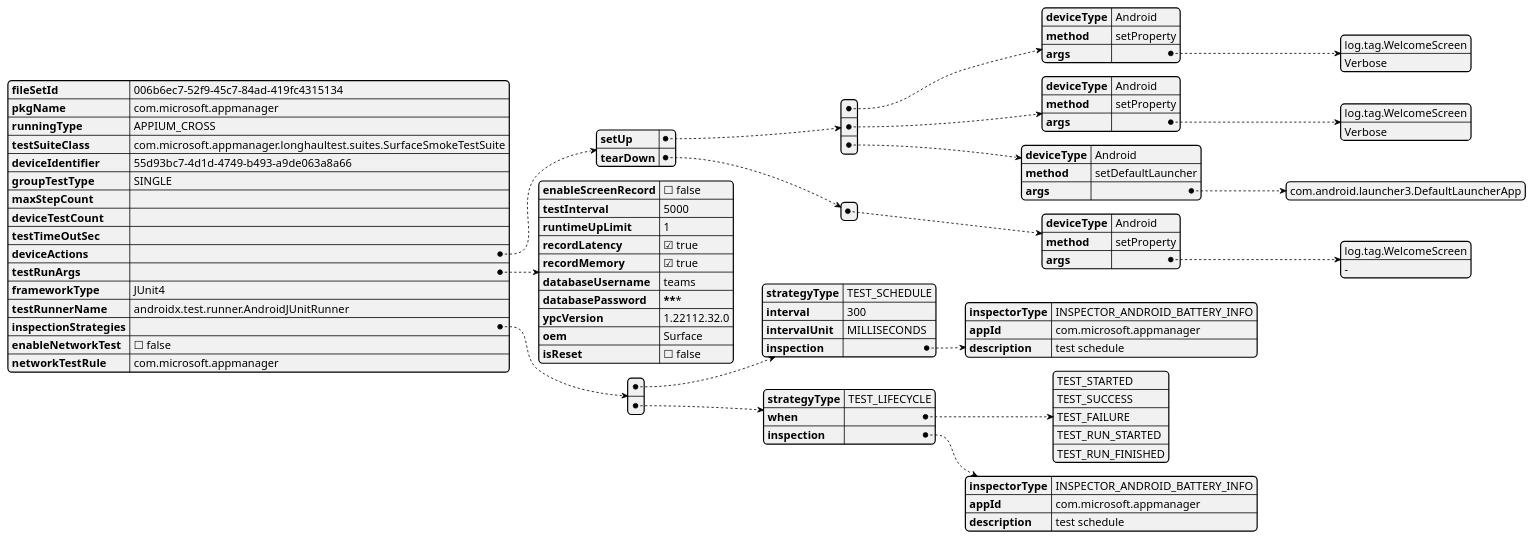
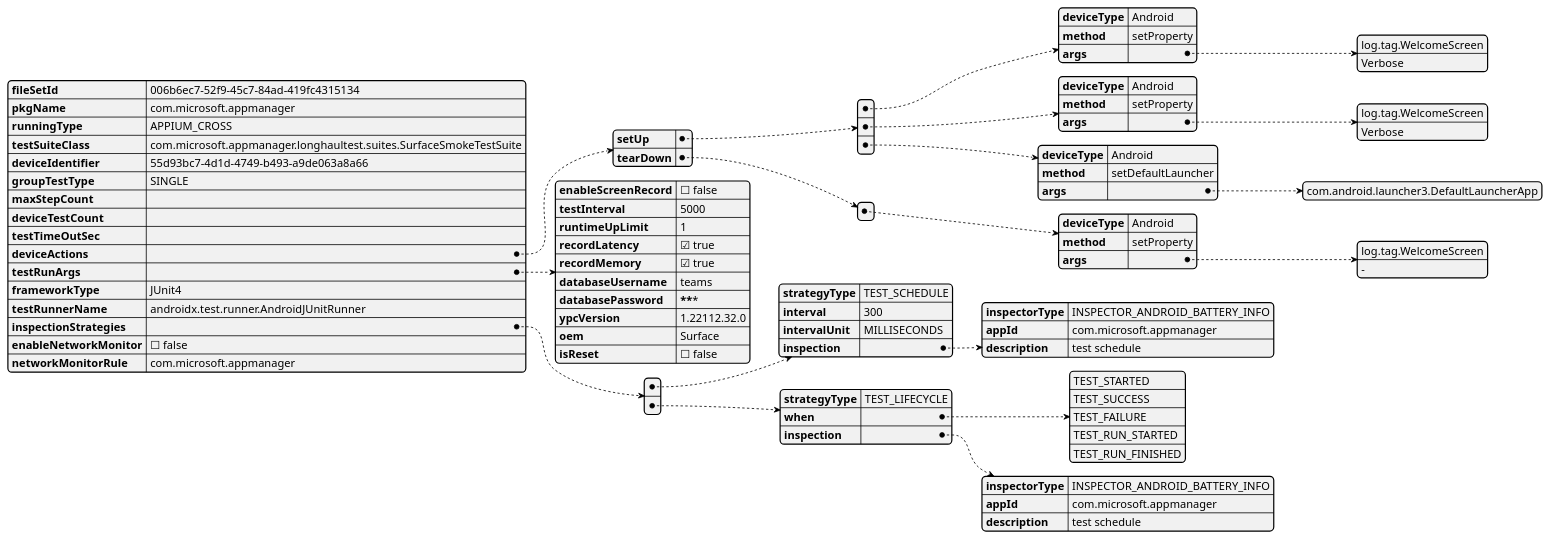
The fourth of 6 diagrams in agent/doc/UML/test_runner_design.puml (microsoft/HydraLab), drawn with PlantUML before and after one commit. The commit also changed 17 other files, not shown here.

```diff
--- a/agent/doc/UML/test_runner_design.puml
+++ b/agent/doc/UML/test_runner_design.puml
@@ -99,78 +99,78 @@
 @startjson test_task_spec_design
 {
     "fileSetId": "006b6ec7-52f9-45c7-84ad-419fc4315134",
     "pkgName": "com.microsoft.appmanager",
     "runningType": "APPIUM_CROSS",
     "testSuiteClass": "com.microsoft.appmanager.longhaultest.suites.SurfaceSmokeTestSuite",
     "deviceIdentifier": "55d93bc7-4d1d-4749-b493-a9de063a8a66",
     "groupTestType": "SINGLE",
     "maxStepCount": "",
     "deviceTestCount": "",
     "testTimeOutSec": "",
     "deviceActions":{
         "setUp":[{
             "deviceType":"Android",
             "method":"setProperty",
             "args": ["log.tag.WelcomeScreen","Verbose"]
         },
         {
             "deviceType":"Android",
             "method":"setProperty",
             "args": ["log.tag.WelcomeScreen","Verbose"]
         },
         {
             "deviceType":"Android",
             "method":"setDefaultLauncher",
             "args": ["com.android.launcher3.DefaultLauncherApp"]
         }],
         "tearDown":[{
             "deviceType":"Android",
             "method":"setProperty",
             "args": ["log.tag.WelcomeScreen","-"]
         }]
      },
     "testRunArgs": {
         "enableScreenRecord": false,
         "testInterval": 5000,
         "runtimeUpLimit": 1,
         "recordLatency": true,
         "recordMemory": true,
         "databaseUsername": "teams",
         "databasePassword": "***********",
         "ypcVersion": "1.22112.32.0",
         "oem": "Surface",
         "isReset": false
     },
     "frameworkType": "JUnit4",
     "testRunnerName": "androidx.test.runner.AndroidJUnitRunner",
     "inspectionStrategies": [
         {
             "strategyType": "TEST_SCHEDULE",
             "interval": 300,
             "intervalUnit": "MILLISECONDS",
             "inspection": {
                 "inspectorType": "INSPECTOR_ANDROID_BATTERY_INFO",
                 "appId": "com.microsoft.appmanager",
                 "description": "test schedule"
             }
         },
         {
              "strategyType": "TEST_LIFECYCLE",
              "when": [
                  "TEST_STARTED",
                  "TEST_SUCCESS",
                  "TEST_FAILURE",
                  "TEST_RUN_STARTED",
                  "TEST_RUN_FINISHED"
              ],
              "inspection": {
                  "inspectorType": "INSPECTOR_ANDROID_BATTERY_INFO",
                  "appId": "com.microsoft.appmanager",
                  "description": "test schedule"
              }
          }
     ],
-    "enableNetworkTest": false,
-    "networkTestRule": "com.microsoft.appmanager"
+    "enableNetworkMonitor": false,
+    "networkMonitorRule": "com.microsoft.appmanager"
 }
 @endjson
```
